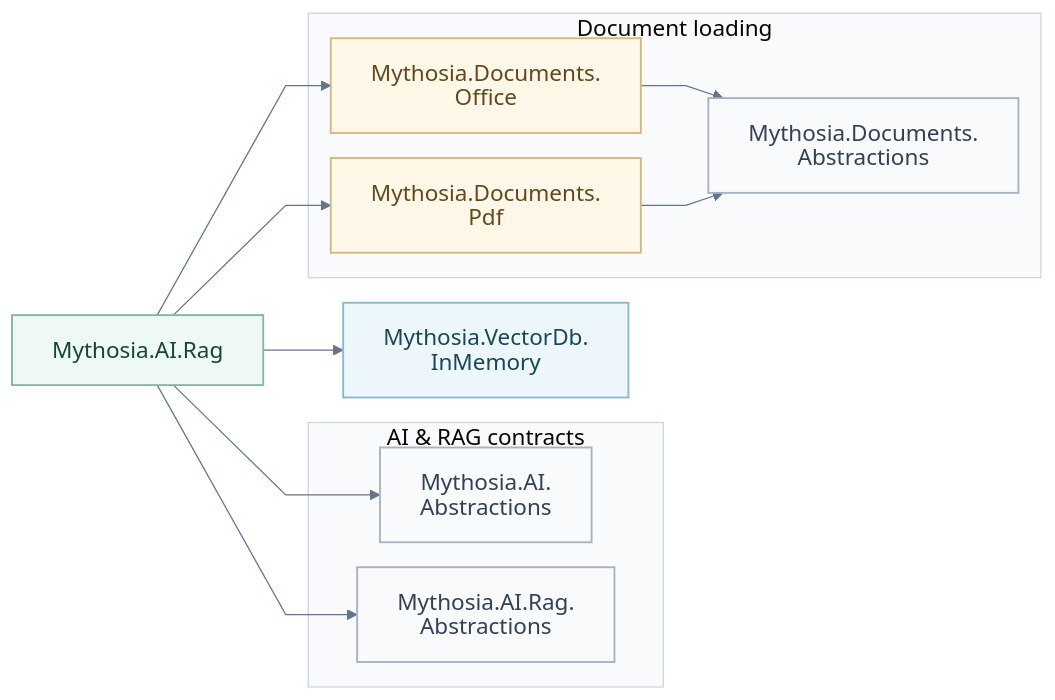
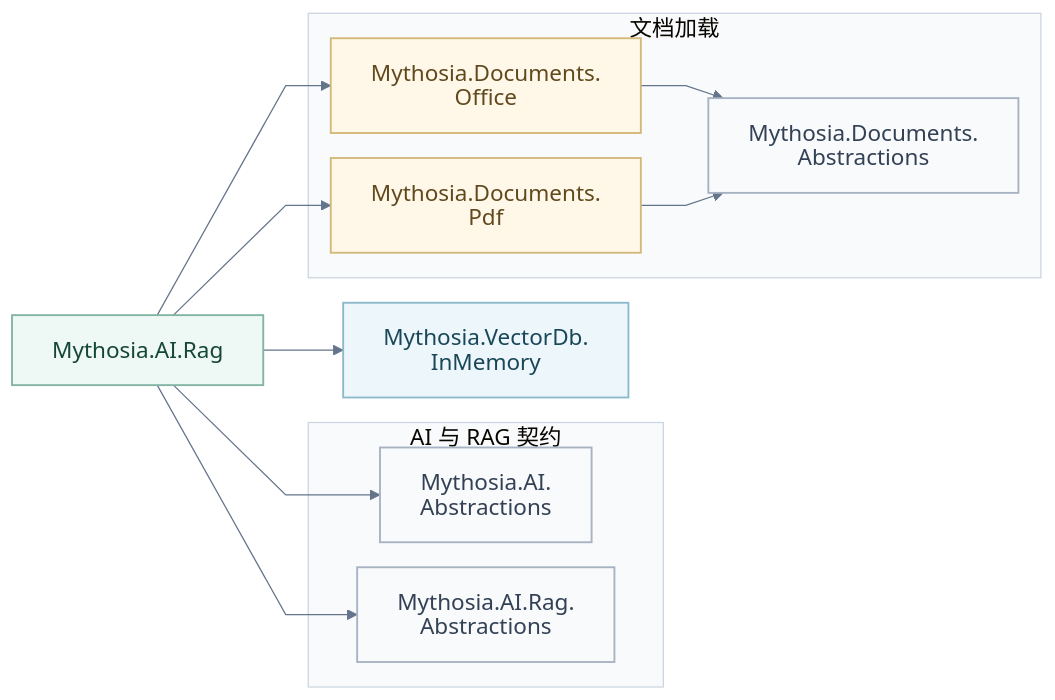
The second of 3 diagrams in docs/zh-Hans/README.md (AJ-comp/Mythosia.AI), drawn with Mermaid before and after one commit. The commit also changed other lines of this file and 172 other files, not shown here.

````diff
--- a/docs/zh-Hans/README.md
+++ b/docs/zh-Hans/README.md
@@ -104,28 +372,28 @@
 ```mermaid
 %%{init: {"theme":"base","look":"classic","htmlLabels":false,"themeVariables":{"fontFamily":"Arial, sans-serif","fontSize":"18px","primaryTextColor":"#172c46","lineColor":"#64748b","clusterBkg":"#f8fafc","clusterBorder":"#cbd5e1"},"flowchart":{"htmlLabels":false,"curve":"linear","nodeSpacing":20,"rankSpacing":36,"padding":16,"wrappingWidth":300},"fontFamily":"Arial, sans-serif","fontSize":18}}%%
 flowchart LR
     Rag["Mythosia.AI.Rag"]:::rag
-    subgraph Contracts["AI & RAG contracts"]
+    subgraph Contracts["AI 与 RAG 契约"]
         AIAbs["Mythosia.AI.<br/>Abstractions"]:::contract
         RagAbs["Mythosia.AI.Rag.<br/>Abstractions"]:::contract
     end
     InMem["Mythosia.VectorDb.<br/>InMemory"]:::store
-    subgraph Documents["Document loading"]
+    subgraph Documents["文档加载"]
         Office["Mythosia.Documents.<br/>Office"]:::documents
         Pdf["Mythosia.Documents.<br/>Pdf"]:::documents
         LoaderAbs["Mythosia.Documents.<br/>Abstractions"]:::contract
         Office --> LoaderAbs
         Pdf --> LoaderAbs
     end
     Rag --> AIAbs
     Rag --> RagAbs
     Rag --> InMem
     Rag --> Office
     Rag --> Pdf
     classDef core fill:#eff6ff,stroke:#93b4de,color:#172c46,stroke-width:1.5px
     classDef rag fill:#eef8f5,stroke:#83b4a4,color:#164638,stroke-width:1.5px
     classDef extension fill:#f5f0fc,stroke:#b9a4d4,color:#403054,stroke-width:1.5px
     classDef documents fill:#fff8e9,stroke:#d4b879,color:#61491d,stroke-width:1.5px
     classDef store fill:#edf7fb,stroke:#8dbaca,color:#194758,stroke-width:1.5px
     classDef contract fill:#f8fafc,stroke:#a7b2c2,color:#334155,stroke-width:1.5px
 ```
````
